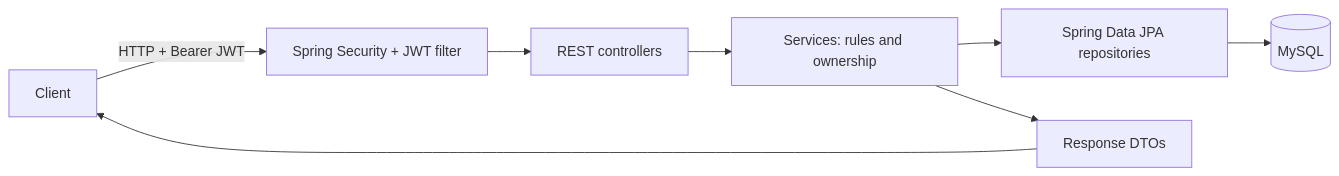
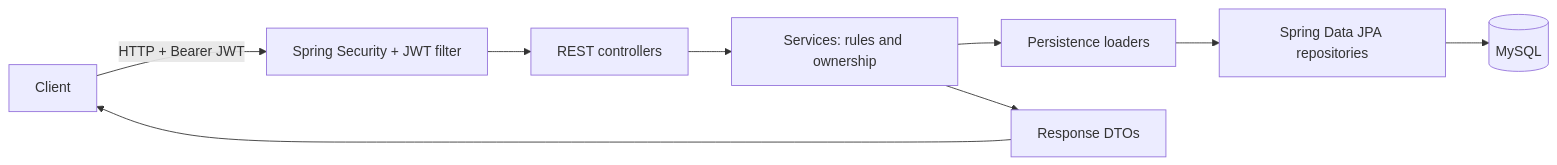
The diagram in README.md (lorentelimaethan/after-backend), drawn with Mermaid before and after one commit. The commit also changed other lines of this file, not shown here.

````diff
--- a/README.md
+++ b/README.md
@@ -23,10 +24,11 @@
 ```mermaid
 flowchart LR
     Client -->|HTTP + Bearer JWT| Security[Spring Security + JWT filter]
     Security --> Controllers[REST controllers]
     Controllers --> Services[Services: rules and ownership]
-    Services --> Repositories[Spring Data JPA repositories]
+    Services --> Loaders[Persistence loaders]
+    Loaders --> Repositories[Spring Data JPA repositories]
     Repositories --> MySQL[(MySQL)]
     Services --> DTOs[Response DTOs]
     DTOs --> Client
 ```
````
